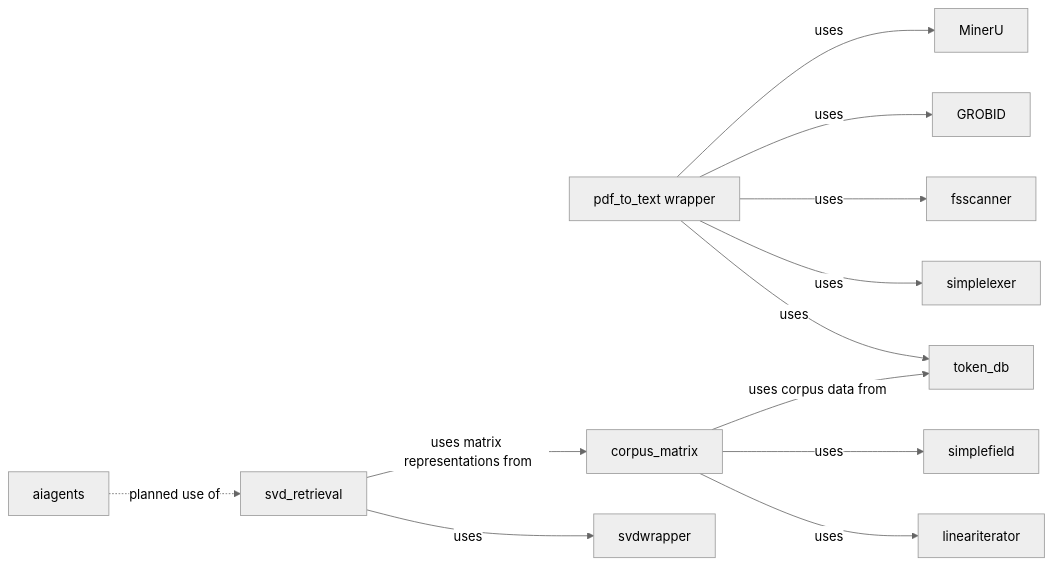
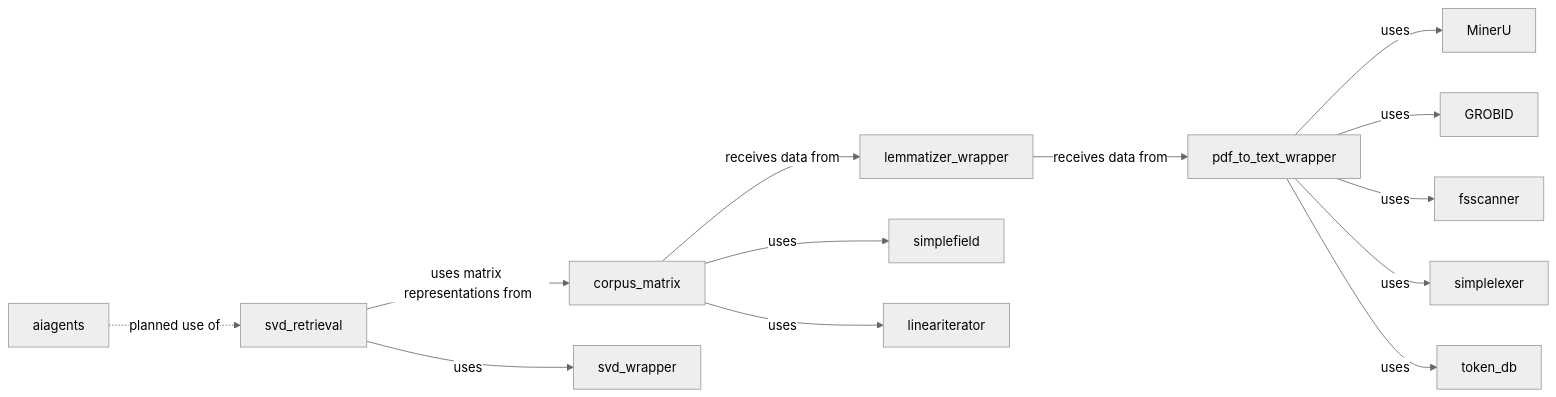
Before and after one commit to witold-k/witold-k: the fourth of 6 diagrams in README.md, drawn with Mermaid (neutral theme). The commit also changed other lines of this file, not shown here.

````diff
--- a/README.md
+++ b/README.md
@@ -82,14 +85,15 @@
 ```mermaid
 flowchart LR
-    P[pdf_to_text wrapper] -->|uses| MU[MinerU]
+    P[pdf_to_text_wrapper] -->|uses| MU[MinerU]
     P -->|uses| GR[GROBID]
     P -->|uses| FS[fsscanner]
     P -->|uses| LX[simplelexer]
     P -->|uses| T[token_db]
-    CM[corpus_matrix] -->|uses corpus data from| T
+    CM[corpus_matrix] -->|receives data from| LEM[lemmatizer_wrapper]
+    LEM -->|receives data from| P
     CM -->|uses| SF[simplefield]
     CM -->|uses| LI[lineariterator]
     R[svd_retrieval] -->|uses matrix representations from| CM
-    R -->|uses| SVD[svdwrapper]
+    R -->|uses| SVD[svd_wrapper]
     A[aiagents] -.->|planned use of| R
 ```
````
